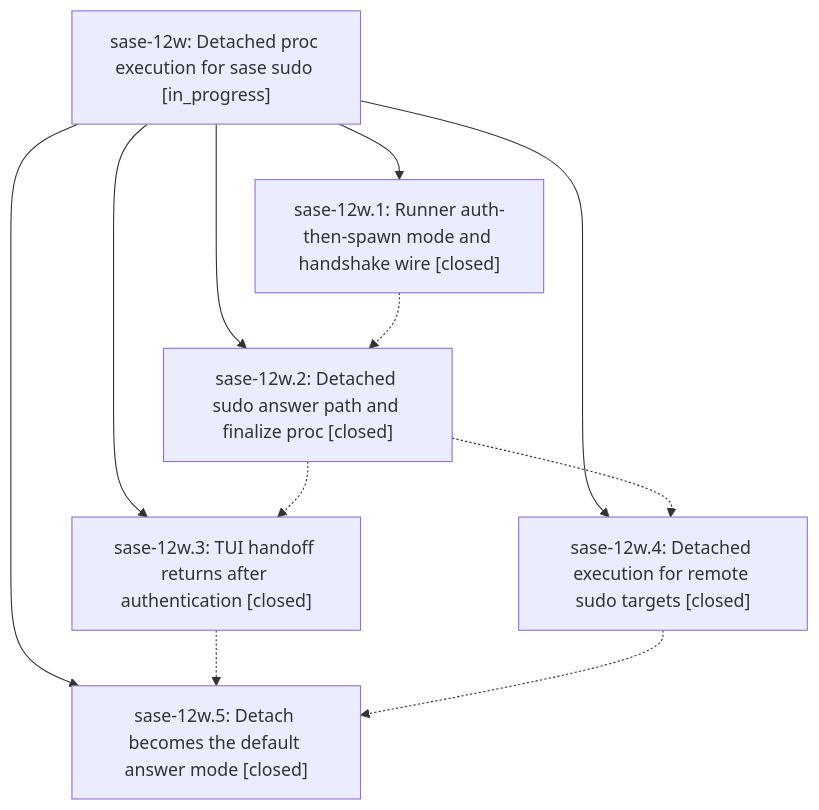
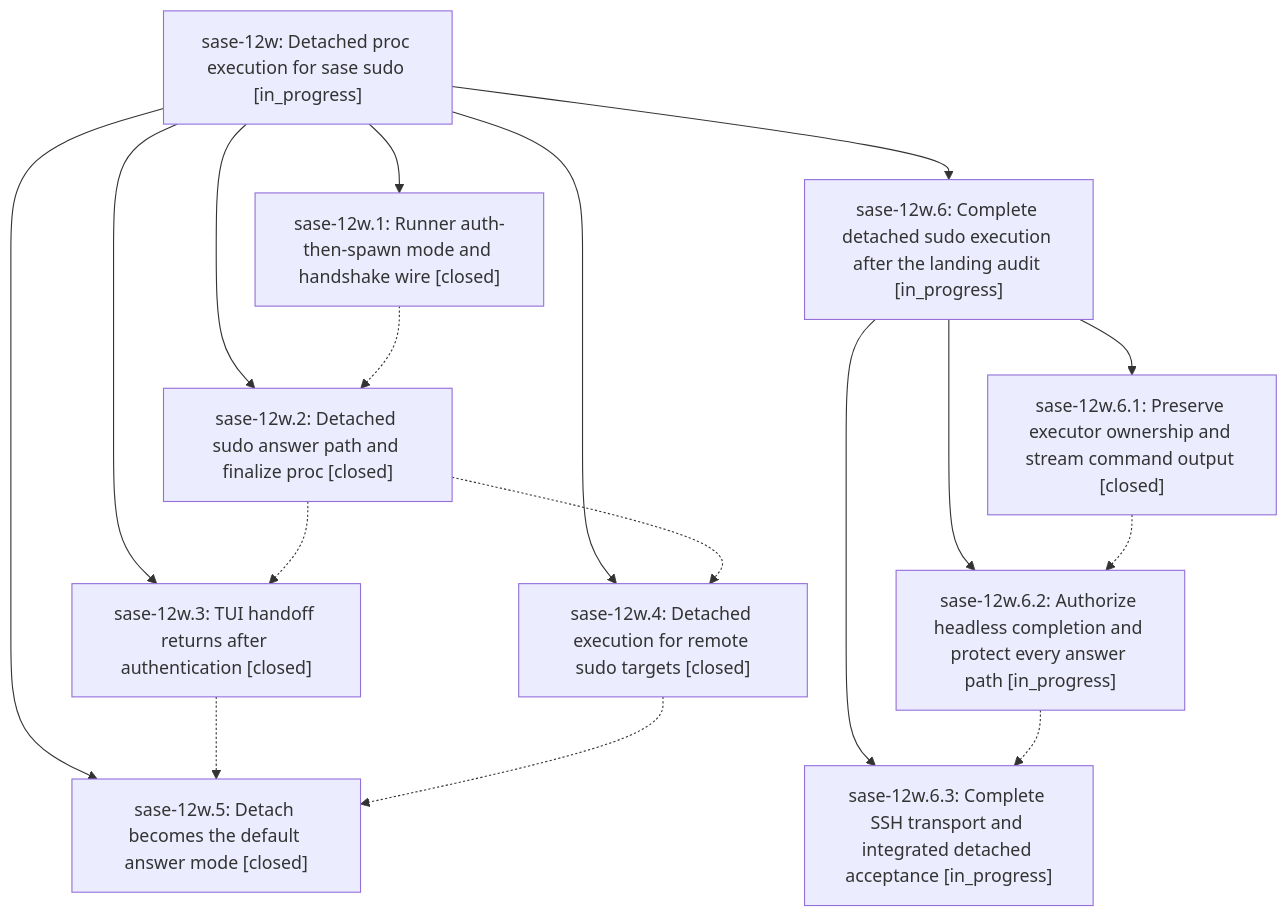
The diagram in pages/sase-12w/README.md (sase-org/sase--beads), drawn with Mermaid before and after one commit. The commit also changed other lines of this file and 4 other files, not shown here.

````diff
--- a/pages/sase-12w/README.md
+++ b/pages/sase-12w/README.md
@@ -26,19 +44,29 @@
 ```mermaid
 flowchart TD
     n0["sase-12w: Detached proc execution for sase sudo [in_progress]"]
     n1["sase-12w.1: Runner auth-then-spawn mode and handshake wire [closed]"]
     n2["sase-12w.2: Detached sudo answer path and finalize proc [closed]"]
     n3["sase-12w.3: TUI handoff returns after authentication [closed]"]
     n4["sase-12w.4: Detached execution for remote sudo targets [closed]"]
     n5["sase-12w.5: Detach becomes the default answer mode [closed]"]
+    n6["sase-12w.6: Complete detached sudo execution after the landing audit [in_progress]"]
+    n7["sase-12w.6.1: Preserve executor ownership and stream command output [closed]"]
+    n8["sase-12w.6.2: Authorize headless completion and protect every answer path [in_progress]"]
+    n9["sase-12w.6.3: Complete SSH transport and integrated detached acceptance [in_progress]"]
     n0 --> n1
     n0 --> n2
     n0 --> n3
     n0 --> n4
     n0 --> n5
+    n0 --> n6
+    n6 --> n7
+    n6 --> n8
+    n6 --> n9
     n1 -.-> n2
     n2 -.-> n3
     n2 -.-> n4
     n3 -.-> n5
     n4 -.-> n5
+    n7 -.-> n8
+    n8 -.-> n9
 ```
````
